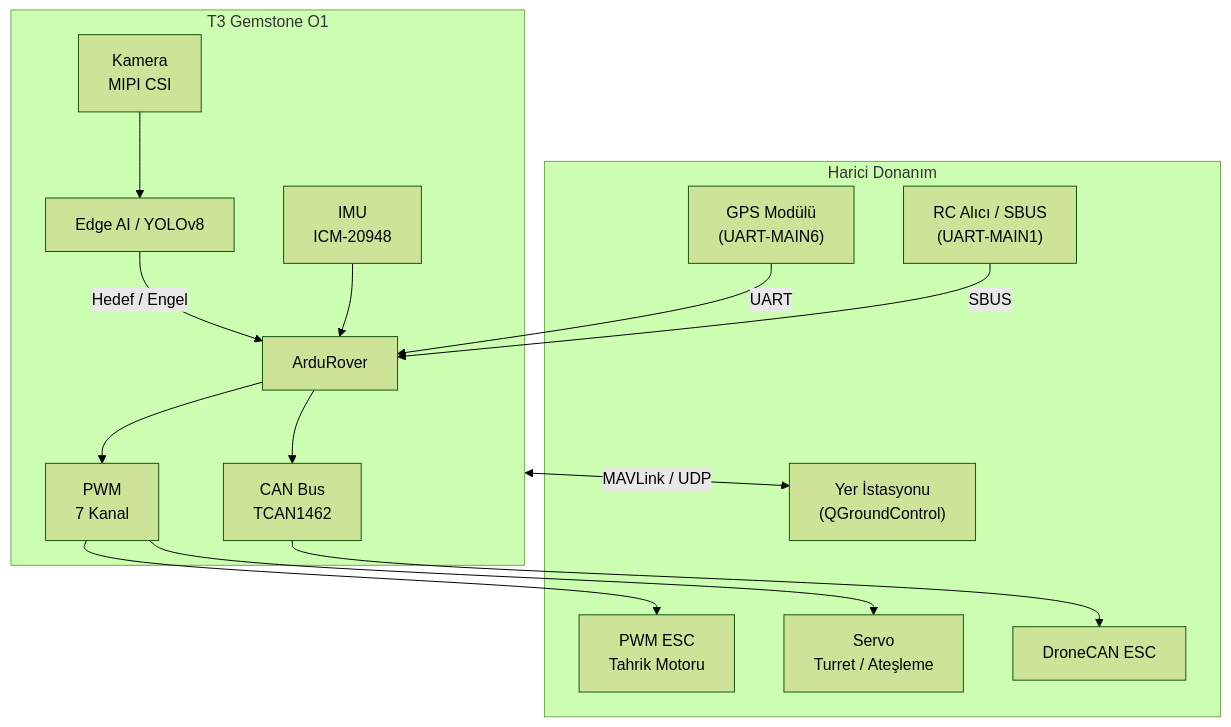
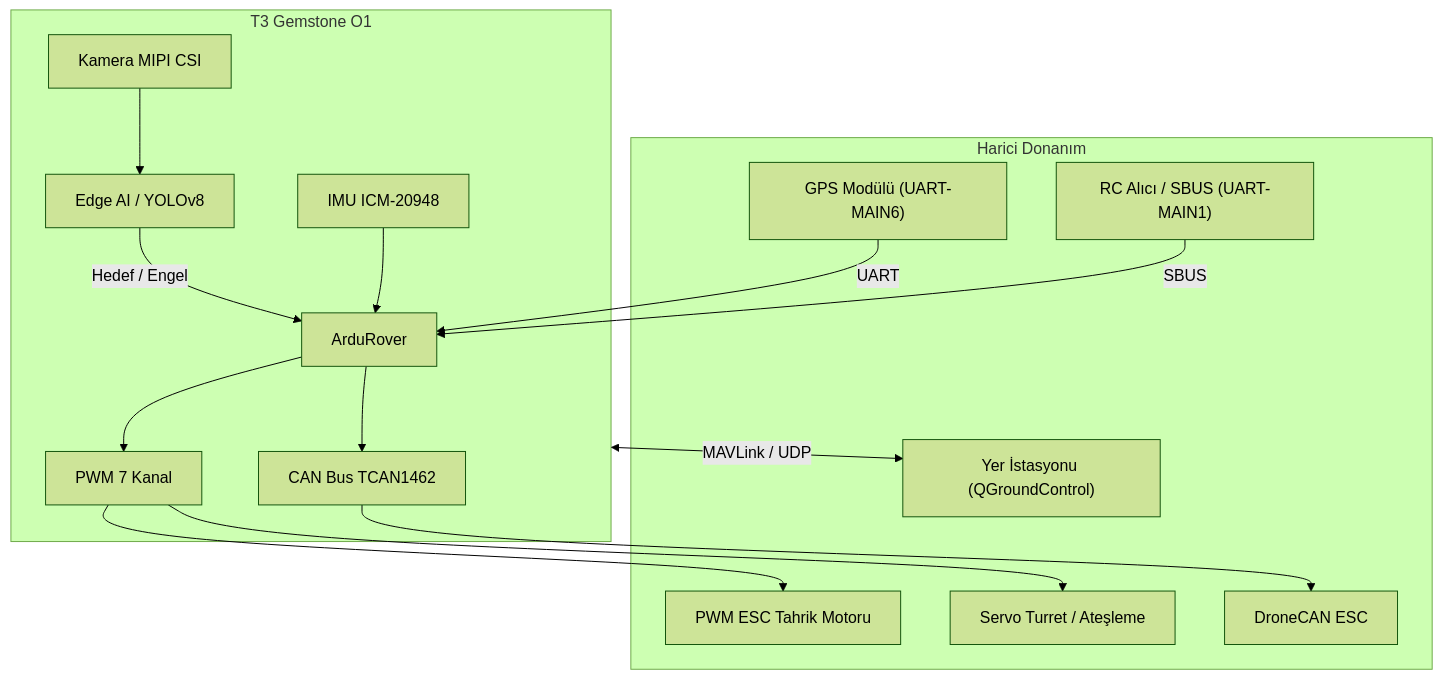
The diagram in tr/projects/teknofest-ika.mdx (t3gemstone/docs), drawn with Mermaid (forest theme) before and after one commit. The commit also changed 3 other files, not shown here.

````diff
--- a/tr/projects/teknofest-ika.mdx
+++ b/tr/projects/teknofest-ika.mdx
@@ -115,32 +115,32 @@
 ```mermaid
 flowchart TB
     subgraph EXTERNAL["Harici Donanım"]
-        GPS["GPS Modülü\n(UART-MAIN6)"]
-        RC["RC Alıcı / SBUS\n(UART-MAIN1)"]
-        ESC1["PWM ESC\nTahrik Motoru"]
+        GPS["GPS Modülü (UART-MAIN6)"]
+        RC["RC Alıcı / SBUS (UART-MAIN1)"]
+        ESC1["PWM ESC Tahrik Motoru"]
         ESC2["DroneCAN ESC"]
-        SRV["Servo\nTurret / Ateşleme"]
-        GCS["Yer İstasyonu\n(QGroundControl)"]
+        SRV["Servo Turret / Ateşleme"]
+        GCS["Yer İstasyonu (QGroundControl)"]
     end
 
     subgraph O1["T3 Gemstone O1"]
         AR[ArduRover]
         AI["Edge AI / YOLOv8"]
-        CAM["Kamera\nMIPI CSI"]
-        PWM["PWM\n7 Kanal"]
-        CAN["CAN Bus\nTCAN1462"]
-        IMU["IMU\nICM-20948"]
+        CAM["Kamera MIPI CSI"]
+        PWM["PWM 7 Kanal"]
+        CAN["CAN Bus TCAN1462"]
+        IMU["IMU ICM-20948"]
     end
 
     GPS -->|UART| AR
     RC -->|SBUS| AR
     CAM --> AI
     AI -->|"Hedef / Engel"| AR
     IMU --> AR
     AR --> PWM
     AR --> CAN
     PWM --> ESC1
     PWM --> SRV
     CAN --> ESC2
     O1 <-->|"MAVLink / UDP"| GCS
 ```
````
